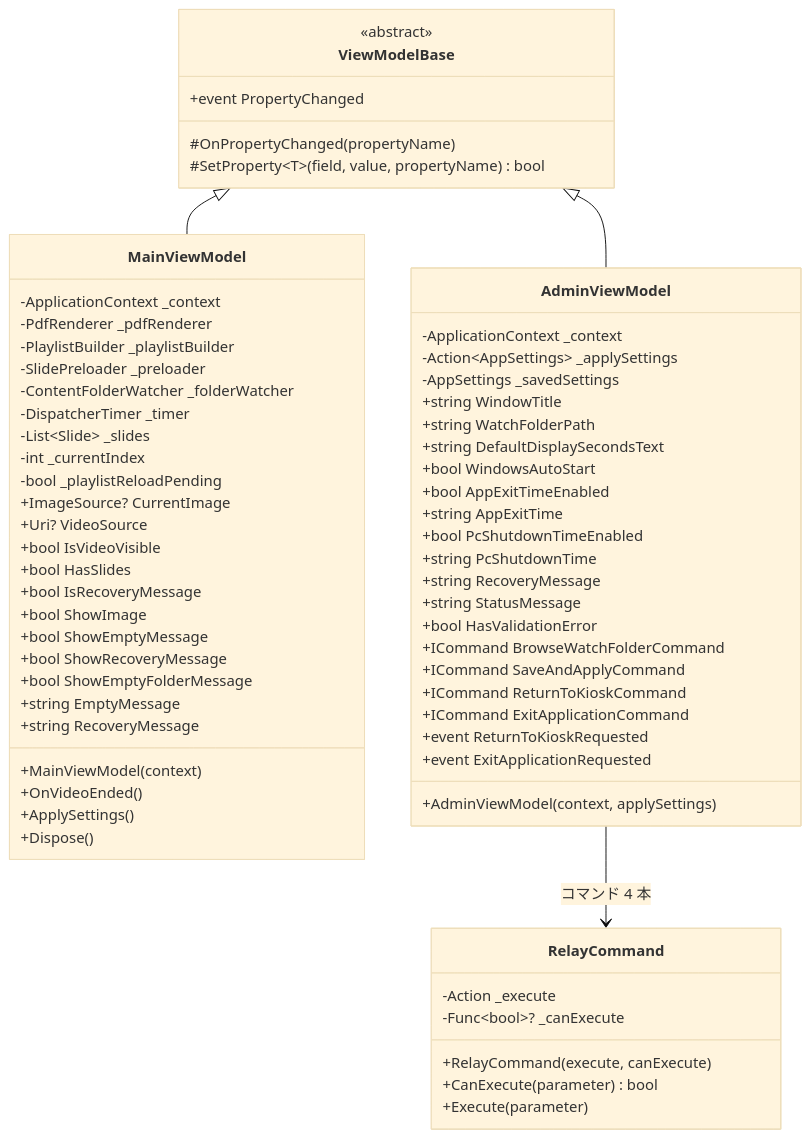
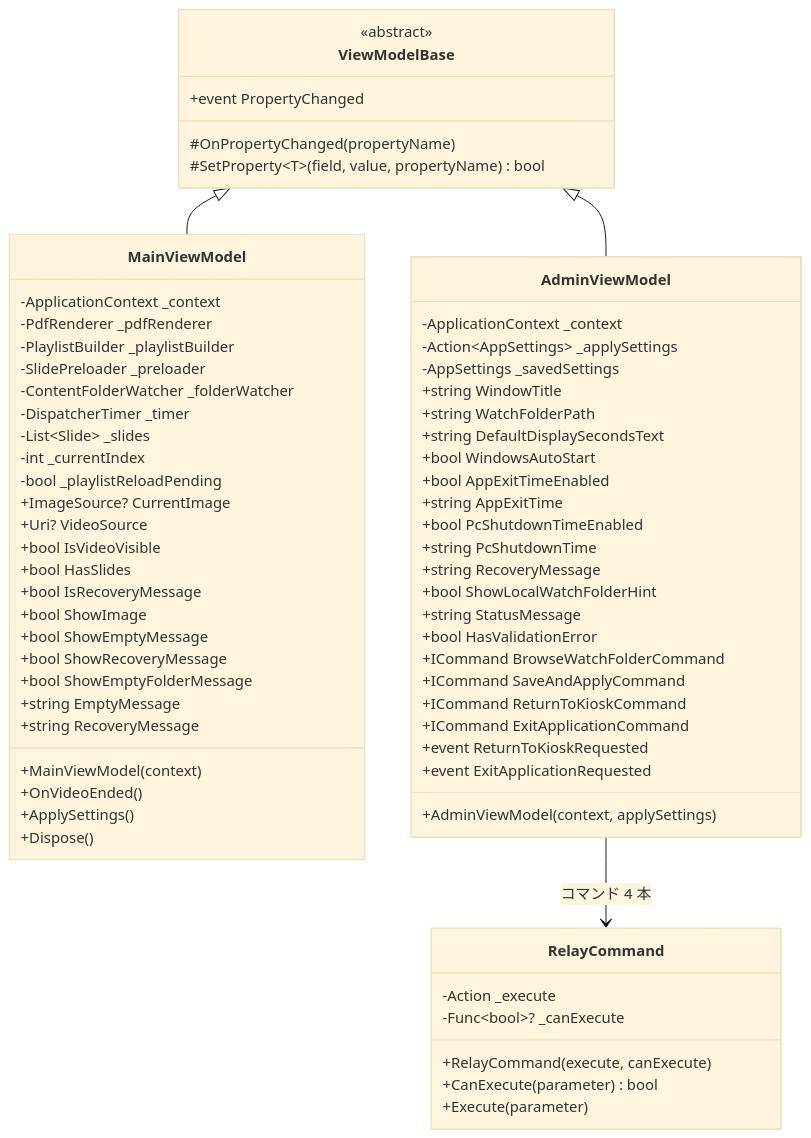
Before and after one commit to kamanori3/SimpleDigitalSignage: the fifth of 9 diagrams in docs/クラス設計図.md, drawn with Mermaid (base theme). The commit also changed other lines of this file and 35 other files, not shown here.

````diff
--- a/docs/クラス設計図.md
+++ b/docs/クラス設計図.md
@@ -226,72 +233,73 @@
 ```mermaid
 classDiagram
   class ViewModelBase {
     <<abstract>>
     +event PropertyChanged
     #OnPropertyChanged(propertyName)
     #SetProperty~T~(field, value, propertyName) bool
   }
 
   class RelayCommand {
     -Action _execute
     -Func~bool~? _canExecute
     +RelayCommand(execute, canExecute)
     +CanExecute(parameter) bool
     +Execute(parameter)
   }
 
   class MainViewModel {
     -ApplicationContext _context
     -PdfRenderer _pdfRenderer
     -PlaylistBuilder _playlistBuilder
     -SlidePreloader _preloader
     -ContentFolderWatcher _folderWatcher
     -DispatcherTimer _timer
     -List~Slide~ _slides
     -int _currentIndex
     -bool _playlistReloadPending
     +ImageSource? CurrentImage
     +Uri? VideoSource
     +bool IsVideoVisible
     +bool HasSlides
     +bool IsRecoveryMessage
     +bool ShowImage
     +bool ShowEmptyMessage
     +bool ShowRecoveryMessage
     +bool ShowEmptyFolderMessage
     +string EmptyMessage
     +string RecoveryMessage
     +MainViewModel(context)
     +OnVideoEnded()
     +ApplySettings()
     +Dispose()
   }
 
   class AdminViewModel {
     -ApplicationContext _context
     -Action~AppSettings~ _applySettings
     -AppSettings _savedSettings
     +string WindowTitle
     +string WatchFolderPath
     +string DefaultDisplaySecondsText
     +bool WindowsAutoStart
     +bool AppExitTimeEnabled
     +string AppExitTime
     +bool PcShutdownTimeEnabled
     +string PcShutdownTime
     +string RecoveryMessage
+    +bool ShowLocalWatchFolderHint
     +string StatusMessage
     +bool HasValidationError
     +ICommand BrowseWatchFolderCommand
     +ICommand SaveAndApplyCommand
     +ICommand ReturnToKioskCommand
     +ICommand ExitApplicationCommand
     +event ReturnToKioskRequested
     +event ExitApplicationRequested
     +AdminViewModel(context, applySettings)
   }
 
   ViewModelBase <|-- MainViewModel
   ViewModelBase <|-- AdminViewModel
   AdminViewModel --> RelayCommand : コマンド 4 本
 ```
````
